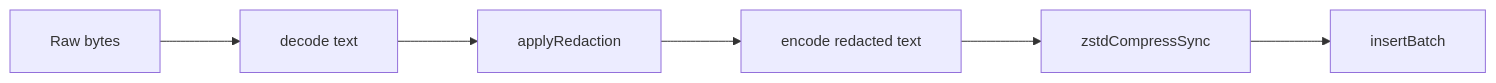
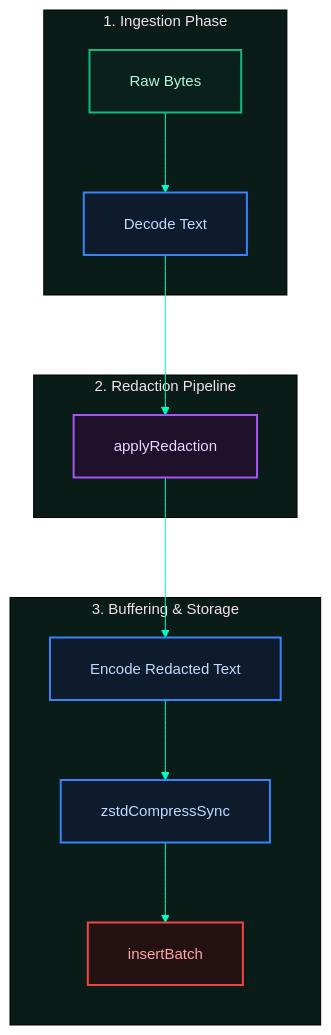
The diagram in docs/02-capture/2.4-redaction.md (proxai/proxai_gateway), drawn with Mermaid before and after one commit. The commit also changed other lines of this file and 65 other files, not shown here.

````diff
--- a/docs/02-capture/2.4-redaction.md
+++ b/docs/02-capture/2.4-redaction.md
@@ -31,9 +33,32 @@
 ```mermaid
-%%{init: {'flowchart': {'useMaxWidth': false, 'htmlLabels': true, 'curve': 'basis', 'nodeSpacing': 60, 'rankSpacing': 80, 'padding': 20}, 'sequence': {'useMaxWidth': false, 'mirrorActors': false, 'actorMargin': 100, 'messageMargin': 50, 'boxMargin': 20, 'wrap': true}, 'stateDiagram': {'useMaxWidth': false, 'nodeSpacing': 60, 'rankSpacing': 80}, 'themeVariables': {'fontSize': '15px'}}}%%
-flowchart LR
-  raw[Raw bytes] --> decode[decode text]
-  decode --> redact[applyRedaction]
-  redact --> encode[encode redacted text]
-  encode --> zstd[zstdCompressSync]
-  zstd --> insert[insertBatch]
+%%{init: { 'flowchart': { 'useMaxWidth': false, 'htmlLabels': true, 'curve': 'basis', 'nodeSpacing': 60, 'rankSpacing': 80, 'padding': 20 }, 'theme': 'base', 'themeVariables': { 'background': '#081612', 'primaryColor': '#0a1c17', 'primaryTextColor': '#a7f3d0', 'primaryBorderColor': '#10b981', 'lineColor': '#00ffc4', 'secondaryColor': '#0a1c17', 'tertiaryColor': '#0a1c17', 'fontSize': '15px' } }}%%
+flowchart TD
+  subgraph Ingestion ["1. Ingestion Phase"]
+    raw["Raw Bytes"] --> decode["Decode Text"]
+  end
+
+  subgraph Redact ["2. Redaction Pipeline"]
+    redact["applyRedaction"]
+  end
+
+  subgraph Storage ["3. Buffering & Storage"]
+    encode["Encode Redacted Text"] --> zstd["zstdCompressSync"] --> insert["insertBatch"]
+  end
+
+  decode --> redact
+  redact --> encode
+
+  classDef startNode fill:#0a201b,stroke:#10b981,stroke-width:2px,color:#b3f5e6;
+  classDef stopNode fill:#241212,stroke:#ef4444,stroke-width:2px,color:#fca5a5;
+  classDef decNode fill:#241c0e,stroke:#f59e0b,stroke-width:2px,color:#fde68a;
+  classDef processNode fill:#0d1b2d,stroke:#3b82f6,stroke-width:2px,color:#bfdbfe;
+  classDef actionNode fill:#1e112c,stroke:#a855f7,stroke-width:2px,color:#e9d5ff;
+  classDef default fill:#0a201b,stroke:#14b8a6,stroke-width:2px,color:#ccfbf1;
+
+  class raw startNode;
+  class decode processNode;
+  class redact actionNode;
+  class encode processNode;
+  class zstd processNode;
+  class insert stopNode;
 ```
````
